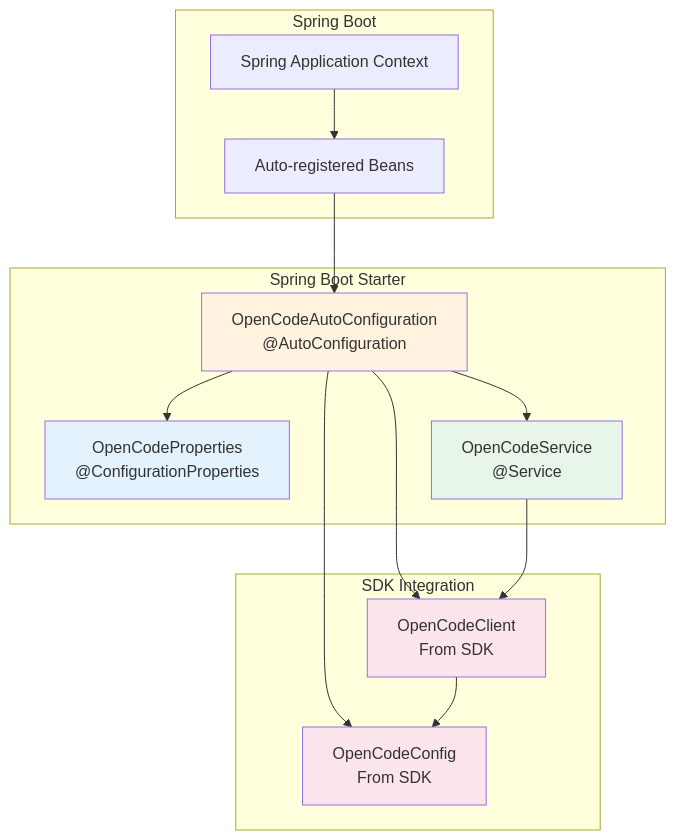
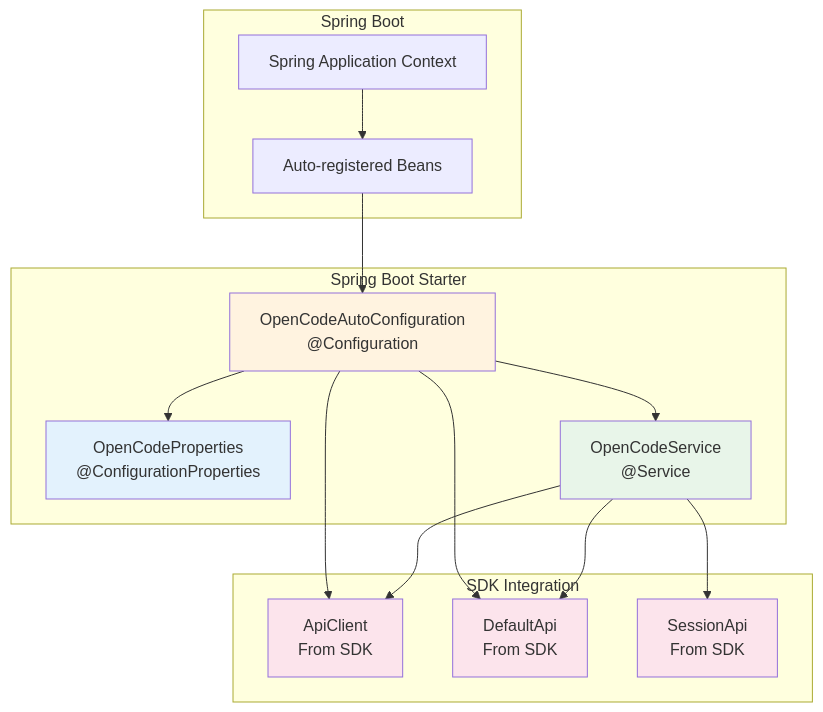
The diagram in opencode-spring-boot-starter/AGENTS.md (alexheadliner/opencode-java-sdk), drawn with Mermaid before and after one commit. The commit also changed other lines of this file and 4 other files, not shown here.

````diff
--- a/opencode-spring-boot-starter/AGENTS.md
+++ b/opencode-spring-boot-starter/AGENTS.md
@@ -11,33 +11,36 @@
 ```mermaid
 flowchart TB
     subgraph "Spring Boot Starter"
-        AUTO["OpenCodeAutoConfiguration<br/>@AutoConfiguration"]
+        AUTO["OpenCodeAutoConfiguration<br/>@Configuration"]
         PROPS["OpenCodeProperties<br/>@ConfigurationProperties"]
         SERVICE["OpenCodeService<br/>@Service"]
     end
 
     subgraph "SDK Integration"
-        CLIENT["OpenCodeClient<br/>From SDK"]
-        CONFIG["OpenCodeConfig<br/>From SDK"]
+        CLIENT["ApiClient<br/>From SDK"]
+        DEFAULT_API["DefaultApi<br/>From SDK"]
+        SESSION_API["SessionApi<br/>From SDK"]
     end
 
     subgraph "Spring Boot"
         SPRING["Spring Application Context"]
         BEANS["Auto-registered Beans"]
     end
 
     AUTO --> PROPS
-    AUTO --> CONFIG
     AUTO --> CLIENT
+    AUTO --> DEFAULT_API
     AUTO --> SERVICE
+    SERVICE --> DEFAULT_API
     SERVICE --> CLIENT
-    CLIENT --> CONFIG
+    SERVICE --> SESSION_API
     SPRING --> BEANS
     BEANS --> AUTO
 
     style AUTO fill:#fff3e0
     style PROPS fill:#e3f2fd
     style SERVICE fill:#e8f5e9
     style CLIENT fill:#fce4ec
-    style CONFIG fill:#fce4ec
+    style DEFAULT_API fill:#fce4ec
+    style SESSION_API fill:#fce4ec
 ```
````
